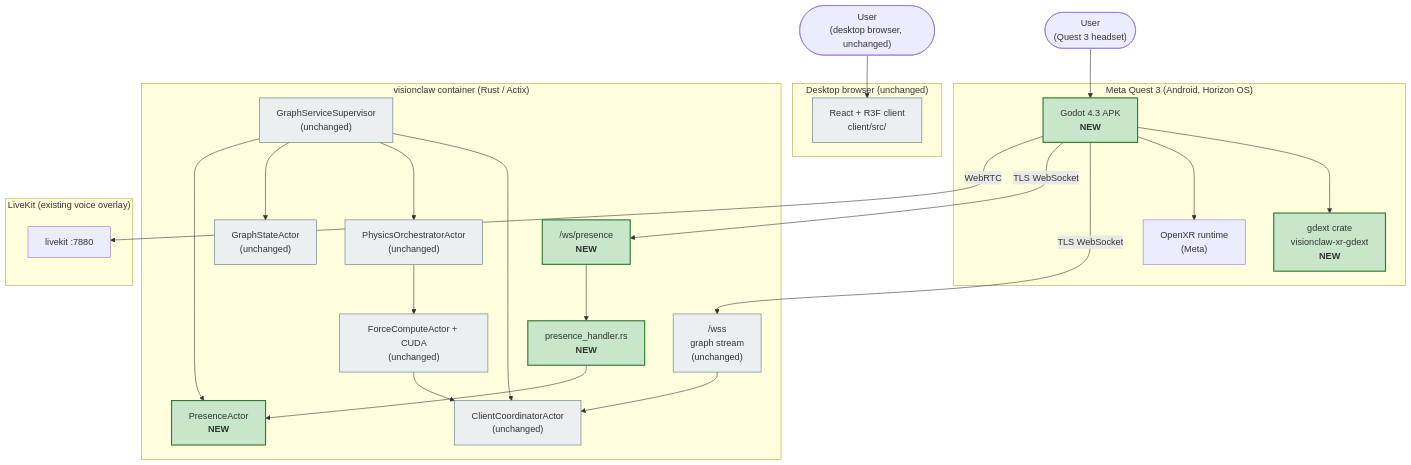
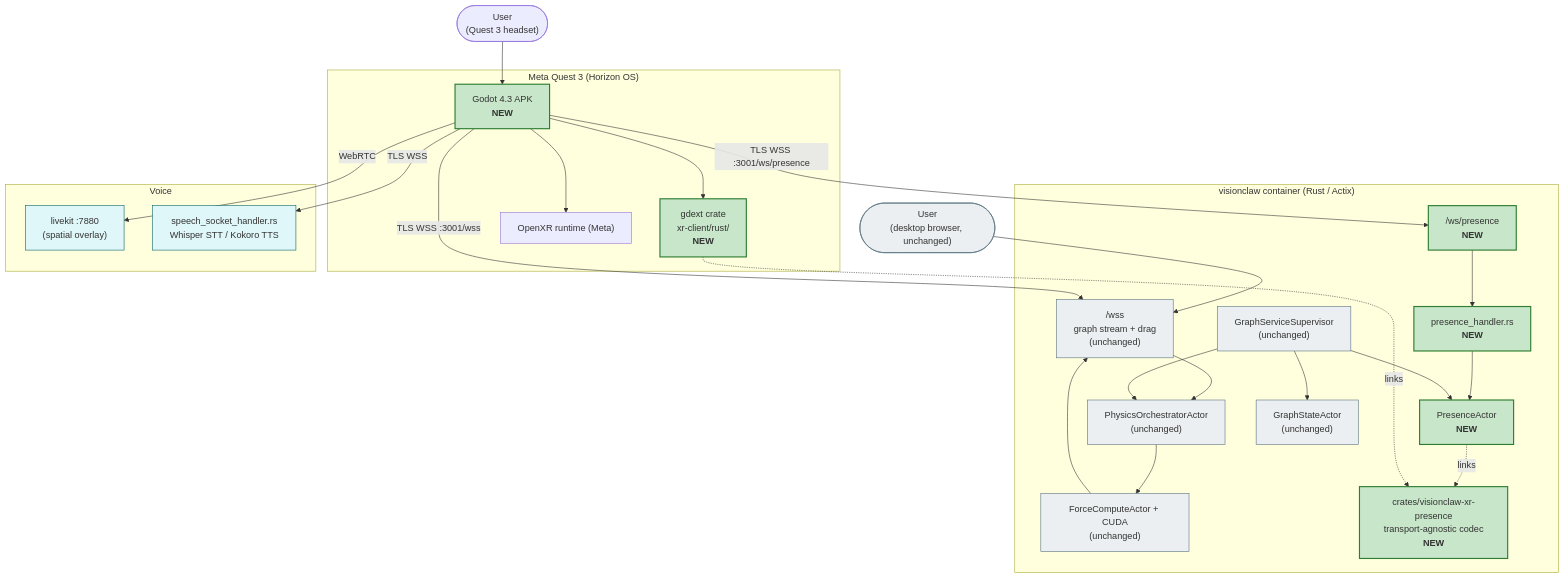
The first of 3 diagrams in docs/explanation/xr-architecture.md (DreamLab-AI/AR-AI-Knowledge-Graph), drawn with Mermaid before and after one commit. The commit also changed other lines of this file and 455 other files, not shown here.

````diff
--- a/docs/explanation/xr-architecture.md
+++ b/docs/explanation/xr-architecture.md
@@ -69,53 +64,54 @@
 ```mermaid
 graph TB
     User(["User<br/>(Quest 3 headset)"])
     DesktopUser(["User<br/>(desktop browser, unchanged)"])
 
-    subgraph QuestDevice ["Meta Quest 3 (Android, Horizon OS)"]
+    subgraph QuestDevice ["Meta Quest 3 (Horizon OS)"]
         APK["Godot 4.3 APK<br/><b>NEW</b>"]
-        GDExt["gdext crate<br/>visionclaw-xr-gdext<br/><b>NEW</b>"]
-        OpenXR["OpenXR runtime<br/>(Meta)"]
+        GDExt["gdext crate<br/>xr-client/rust/<br/><b>NEW</b>"]
+        OpenXR["OpenXR runtime (Meta)"]
         APK --> GDExt
         APK --> OpenXR
     end
 
-    subgraph DesktopBrowser ["Desktop browser (unchanged)"]
-        R3F["React + R3F client<br/>client/src/"]
-    end
-
     subgraph VisionclawContainer ["visionclaw container (Rust / Actix)"]
-        WSGraph["/wss<br/>graph stream<br/>(unchanged)"]
+        WSGraph["/wss<br/>graph stream + drag<br/>(unchanged)"]
         WSPresence["/ws/presence<br/><b>NEW</b>"]
         PresHandler["presence_handler.rs<br/><b>NEW</b>"]
         PresActor["PresenceActor<br/><b>NEW</b>"]
         Supervisor["GraphServiceSupervisor<br/>(unchanged)"]
-        ClientCoord["ClientCoordinatorActor<br/>(unchanged)"]
         Physics["PhysicsOrchestratorActor<br/>(unchanged)"]
         ForceCompute["ForceComputeActor + CUDA<br/>(unchanged)"]
         GraphState["GraphStateActor<br/>(unchanged)"]
+        Crate["crates/visionclaw-xr-presence<br/>transport-agnostic codec<br/><b>NEW</b>"]
 
-        WSGraph --> ClientCoord
+        WSGraph --> Physics
         WSPresence --> PresHandler --> PresActor
-        Supervisor --> ClientCoord
         Supervisor --> Physics
         Supervisor --> GraphState
         Supervisor --> PresActor
-        ForceCompute --> ClientCoord
-        Physics --> ForceCompute
+        Physics --> ForceCompute --> WSGraph
+        PresActor -.links.-> Crate
     end
 
-    subgraph LK ["LiveKit (existing voice overlay)"]
-        LiveKit["livekit :7880"]
+    subgraph Voice ["Voice"]
+        LiveKit["livekit :7880<br/>(spatial overlay)"]
+        Speech["speech_socket_handler.rs<br/>Whisper STT / Kokoro TTS"]
     end
 
     User --> APK
-    DesktopUser --> R3F
-    APK -- "TLS WebSocket" --> WSGraph
-    APK -- "TLS WebSocket" --> WSPresence
+    DesktopUser --> WSGraph
+    APK -- "TLS WSS :3001/wss" --> WSGraph
+    APK -- "TLS WSS :3001/ws/presence" --> WSPresence
     APK -- "WebRTC" --> LiveKit
+    APK -- "TLS WSS" --> Speech
+    GDExt -.links.-> Crate
 
     classDef new fill:#c8e6c9,stroke:#2e7d32,stroke-width:2px
     classDef unchanged fill:#eceff1,stroke:#546e7a
-    class APK,GDExt,WSPresence,PresHandler,PresActor new
-    class WSGraph,Supervisor,ClientCoord,Physics,ForceCompute,GraphState,R3F unchanged
+    classDef voice fill:#e0f7fa,stroke:#006064
+
+    class APK,GDExt,WSPresence,PresHandler,PresActor,Crate new
+    class WSGraph,Supervisor,Physics,ForceCompute,GraphState,DesktopUser unchanged
+    class LiveKit,Speech voice
 ```
````
